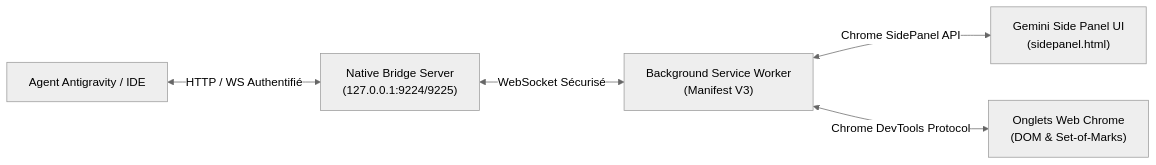
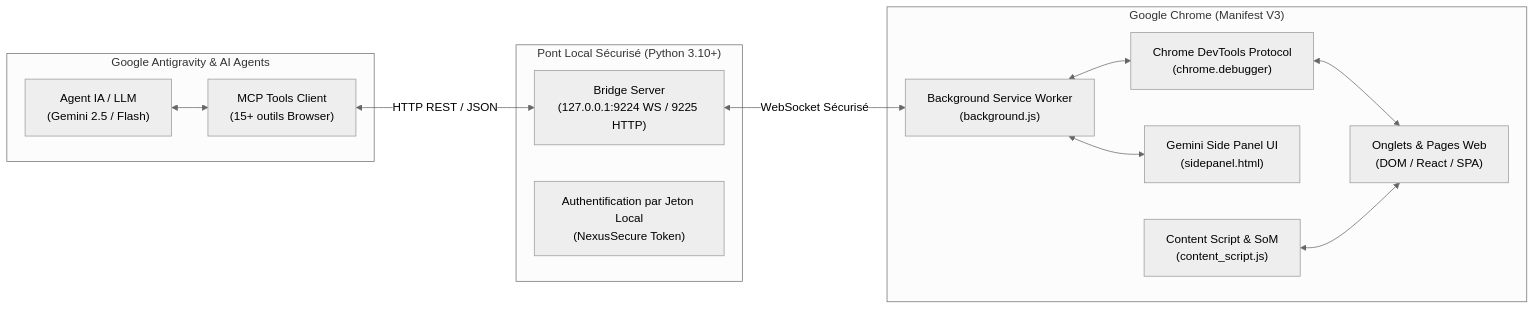
The diagram in README.md (pironjulien/antigravity-chrome-sidepanel), drawn with Mermaid (neutral theme) before and after one commit. The commit also changed other lines of this file, not shown here.

Commit message:
docs: overhaul README to highlight full Browser Use, form filling, and web automation capabilities

````diff
--- a/README.md
+++ b/README.md
@@ -31,7 +63,28 @@
 ```mermaid
 flowchart LR
-    A["Agent Antigravity / IDE"] <-->|HTTP / WS Authentifié| B["Native Bridge Server\n(127.0.0.1:9224/9225)"]
-    B <-->|WebSocket Sécurisé| C["Background Service Worker\n(Manifest V3)"]
-    C <-->|Chrome SidePanel API| D["Gemini Side Panel UI\n(sidepanel.html)"]
-    C <-->|Chrome DevTools Protocol| E["Onglets Web Chrome\n(DOM & Set-of-Marks)"]
+    subgraph Antigravity["Google Antigravity & AI Agents"]
+        Agent["Agent IA / LLM\n(Gemini 2.5 / Flash)"]
+        MCP["MCP Tools Client\n(15+ outils Browser)"]
+    end
+
+    subgraph Bridge["Pont Local Sécurisé (Python 3.10+)"]
+        Server["Bridge Server\n(127.0.0.1:9224 WS / 9225 HTTP)"]
+        TokenAuth["Authentification par Jeton Local\n(NexusSecure Token)"]
+    end
+
+    subgraph Chrome["Google Chrome (Manifest V3)"]
+        SW["Background Service Worker\n(background.js)"]
+        CDP["Chrome DevTools Protocol\n(chrome.debugger)"]
+        SidePanel["Gemini Side Panel UI\n(sidepanel.html)"]
+        ContentScript["Content Script & SoM\n(content_script.js)"]
+        Tabs["Onglets & Pages Web\n(DOM / React / SPA)"]
+    end
+
+    Agent <--> MCP
+    MCP <-->|HTTP REST / JSON| Server
+    Server <-->|WebSocket Sécurisé| SW
+    SW <--> CDP
+    SW <--> SidePanel
+    CDP <--> Tabs
+    ContentScript <--> Tabs
 ```
````
